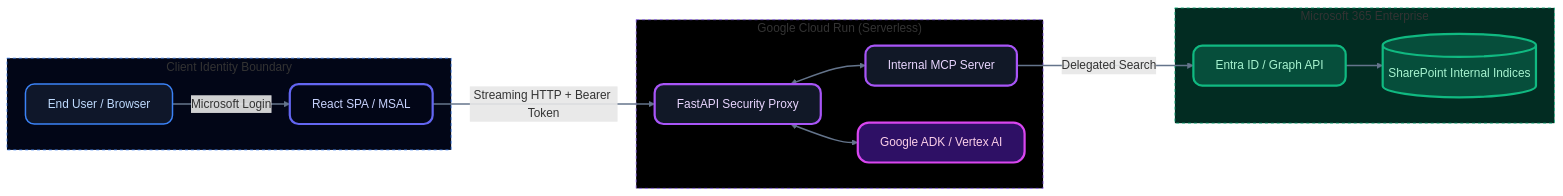
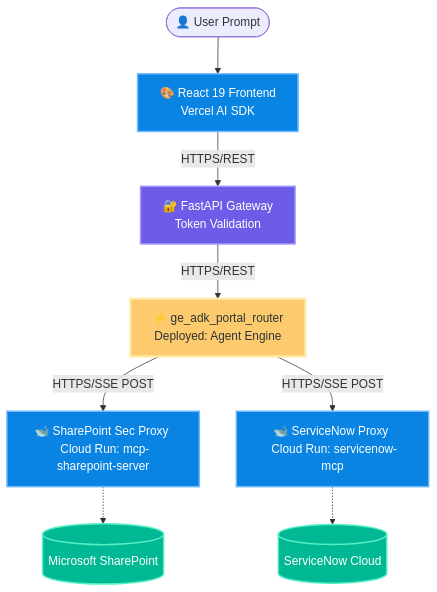
Before and after one commit to jchavezar/vertex-ai-samples: the diagram in antigravity/internal_components_portal_remote/README.md, drawn with Mermaid. The commit also changed other lines of this file and 103 other files, not shown here.

````diff
--- a/antigravity/internal_components_portal_remote/README.md
+++ b/antigravity/internal_components_portal_remote/README.md
@@ -51,39 +13,28 @@
 ```mermaid
-flowchart LR
-    %% Modern Futuristic Styling Requirements
-    classDef default fill:#1e293b,stroke:#475569,stroke-width:2px,color:#f8fafc;
-    classDef user fill:#0f172a,stroke:#3b82f6,stroke-width:2px,color:#bfdbfe,rx:12,ry:12;
-    classDef frontend fill:#020617,stroke:#6366f1,stroke-width:3px,color:#c7d2fe,rx:12,ry:12;
-    classDef backend fill:#111827,stroke:#a855f7,stroke-width:3px,color:#e9d5ff,rx:12,ry:12;
-    classDef ai fill:#2e1065,stroke:#d946ef,stroke-width:3px,color:#fbcfe8,rx:15,ry:15;
-    classDef data fill:#064e3b,stroke:#10b981,stroke-width:3px,color:#a7f3d0,rx:12,ry:12;
-    
-    subgraph Client ["Client Identity Boundary"]
-        U[End User / Browser]:::user
-        A[React SPA / MSAL]:::frontend
-        U -- "Microsoft Login" --> A
-    end
+graph TD
+    classDef user fill:#2d3436,stroke:#b2bec3,stroke-width:2px,color:#fff;
+    classDef RunService fill:#0984e3,stroke:#74b9ff,stroke-width:2px,color:#fff;
+    classDef AgentEngine fill:#fdcb6e,stroke:#ffeaa7,stroke-width:3px,color:#2d3436;
+    classDef db fill:#00b894,stroke:#55efc4,stroke-width:2px,color:#fff,shape:cylinder;
+    classDef Telemetry fill:#e17055,stroke:#fab1a0,stroke-width:2px,color:#fff;
+    classDef gateway fill:#6c5ce7,stroke:#a29bfe,stroke-width:2px,color:#fff;
 
-    subgraph GCP ["Google Cloud Run (Serverless)"]
-        B[FastAPI Security Proxy]:::backend
-        M[Internal MCP Server]:::backend
-        C[Google ADK / Vertex AI]:::ai
-        B <--> M
-        B <--> C
-    end
+    Anonymous([👤 User Prompt]) --> UI[🎨 React 19 Frontend \n Vercel AI SDK]:::RunService
+    UI -- "HTTPS/REST" --> Auth[🔐 FastAPI Gateway \n Token Validation]:::gateway
+    Auth -- "HTTPS/REST" --> RouterAgent[⚡ ge_adk_portal_router \n Deployed: Agent Engine]:::AgentEngine
 
-    subgraph Entra ["Microsoft 365 Enterprise"]
-        E[Entra ID / Graph API]:::data
-        F[(SharePoint Internal Indices)]:::data
-        E --> F
-    end
+    %% Remote Transport layer
+    RouterAgent -- "HTTPS/SSE POST" --> SharePointCR[🐋 SharePoint Sec Proxy \n Cloud Run: mcp-sharepoint-server]:::RunService
+    RouterAgent -- "HTTPS/SSE POST" --> ServiceNowCR[🐋 ServiceNow Proxy \n Cloud Run: servicenow-mcp]:::RunService
 
-    A -- "Streaming HTTP + Bearer Token" --> B
-    M -- "Delegated Search" --> E
-    
-    %% Styles
-    linkStyle default stroke:#64748b,stroke-width:2px,fill:none;
-    style Client fill:#020617,stroke:#3b82f6,stroke-width:1px,stroke-dasharray: 4 4
-    style GCP fill:#000000,stroke:#8b5cf6,stroke-width:1px,stroke-dasharray: 4 4
-    style Entra fill:#022c22,stroke:#10b981,stroke-width:1px,stroke-dasharray: 4 4
+    %% Target APIs
+    SharePointCR -.-> SharePoint[(Microsoft SharePoint)]:::db
+    ServiceNowCR -.-> ServiceNow[(ServiceNow Cloud)]:::db
+
+    %% Click Map Targets (Absolute GitHub URLs)
+    click UI "https://github.com/jchavezar/vertex-ai-samples/tree/main/antigravity/internal_components_portal_remote/frontend" "View Frontend Source"
+    click Auth "https://github.com/jchavezar/vertex-ai-samples/blob/main/antigravity/internal_components_portal_remote/backend/main.py" "View FastAPI Gateway"
+    click RouterAgent "https://github.com/jchavezar/vertex-ai-samples/tree/main/antigravity/internal_components_portal_remote/backend/agents" "View ADK Router Orchestrators"
+    click SharePointCR "https://github.com/jchavezar/vertex-ai-samples/tree/main/antigravity/internal_components_portal_remote/backend/mcp_service" "View SharePoint MCP"
+    click ServiceNowCR "https://github.com/jchavezar/vertex-ai-samples/tree/main/antigravity/internal_components_portal_remote/backend/servicenow_mcp" "View ServiceNow MCP"
 ```
````
